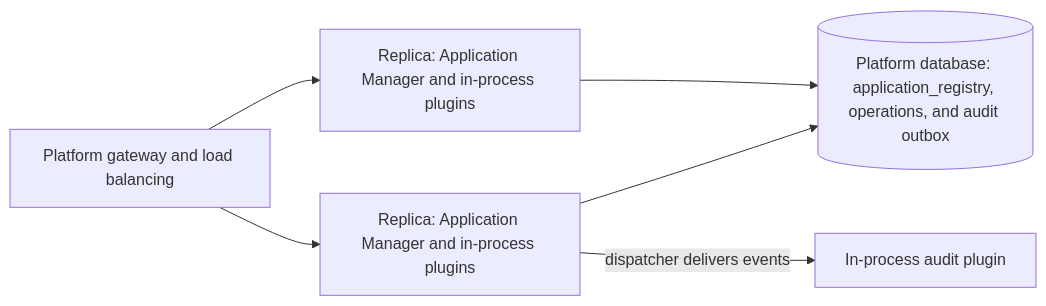
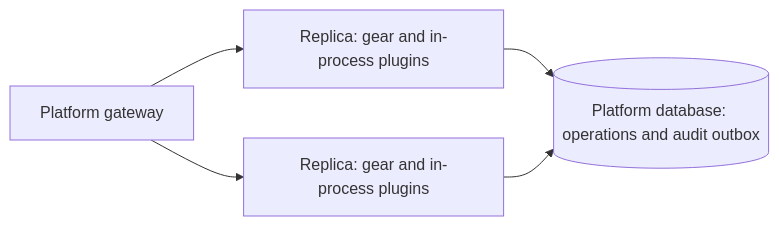
The seventh of 7 diagrams in gears/system/application-manager/docs/DESIGN.md (constructorfabric/gears-rust), drawn with Mermaid before and after one commit. The commit also changed other lines of this file and 8 other files, not shown here.

````diff
--- a/gears/system/application-manager/docs/DESIGN.md
+++ b/gears/system/application-manager/docs/DESIGN.md
@@ -1512,8 +857,7 @@
 ```mermaid
 flowchart LR
-    LB["Platform gateway and load balancing"] --> R1["Replica: Application Manager and in-process plugins"]
-    LB --> R2["Replica: Application Manager and in-process plugins"]
-    R1 --> DB[("Platform database: application_registry, operations, and audit outbox")]
+    LB["Platform gateway"] --> R1["Replica: gear and in-process plugins"]
+    LB --> R2["Replica: gear and in-process plugins"]
+    R1 --> DB[("Platform database: operations and audit outbox")]
     R2 --> DB
-    R1 -->|"dispatcher delivers events"| AP["In-process audit plugin"]
 ```
````
